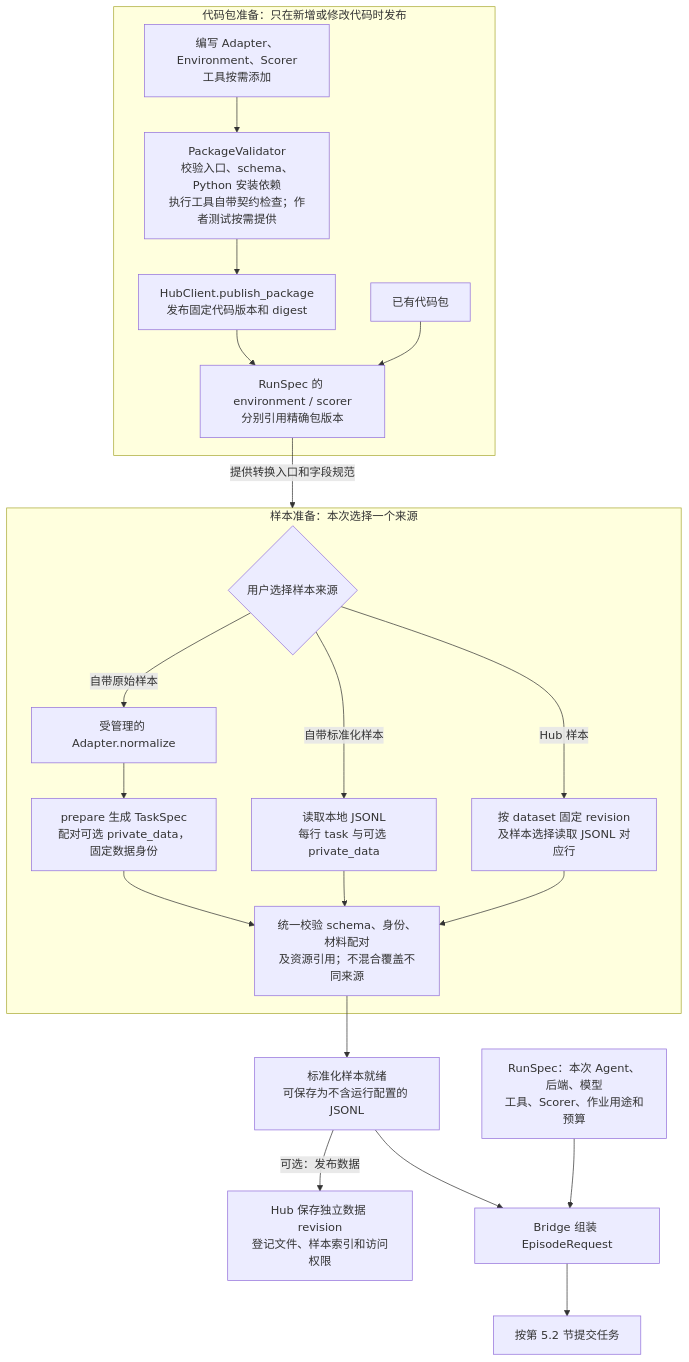
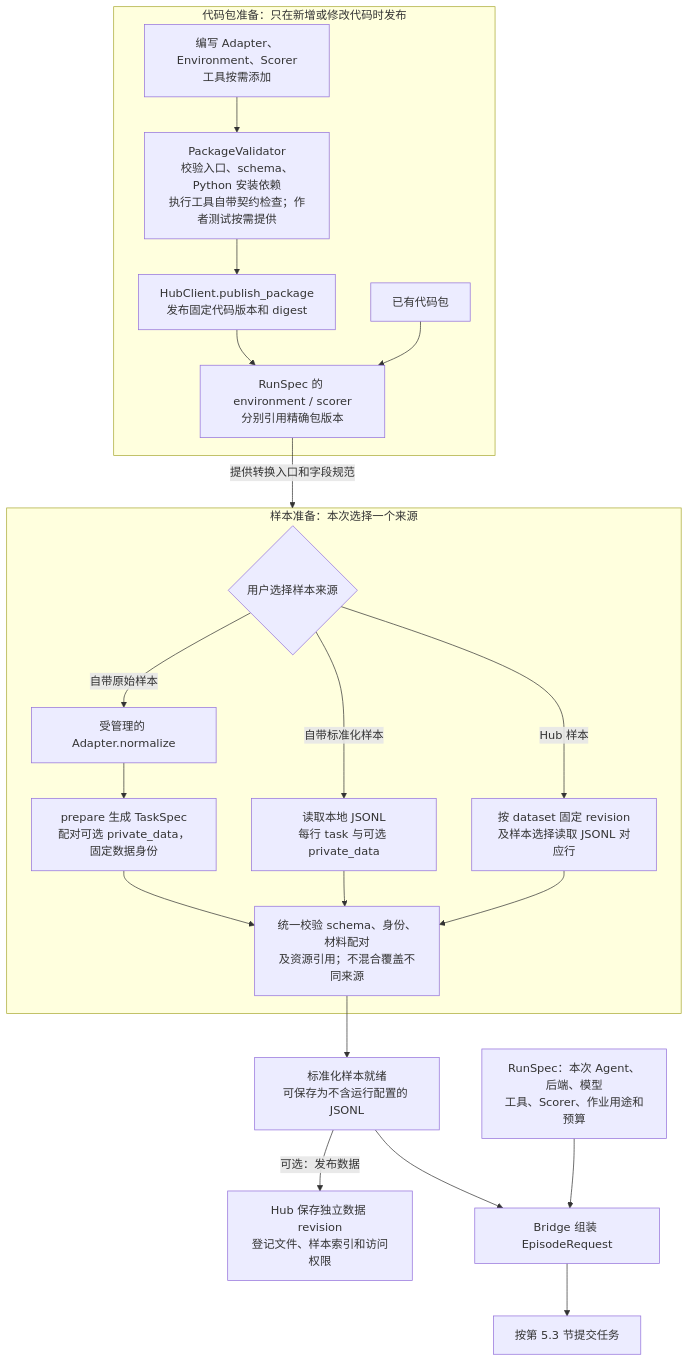
One commit to audreyyan1015/uenv_design changed diagram 23 of 29 in docs/uenv_design.md. Above: the diagram before and after it, drawn with Mermaid. The commit also changed other lines of this file and 3 other files, not shown here.

````diff
--- a/docs/uenv_design.md
+++ b/docs/uenv_design.md
@@ -1129,25 +1129,25 @@
 ```mermaid
 flowchart TB
   subgraph PACKAGE[代码包准备：只在新增或修改代码时发布]
     AUTHOR[编写 Adapter、Environment、Scorer<br/>工具按需添加] --> VALIDATE[PackageValidator<br/>校验入口、schema、Python 安装依赖<br/>执行工具自带契约检查；作者测试按需提供]
     VALIDATE --> PUBLISH[HubClient.publish_package<br/>发布固定代码版本和 digest]
     PUBLISH --> SELECT[RunSpec 的 environment / scorer<br/>分别引用精确包版本]
     EXISTING[已有代码包] --> SELECT
   end
   subgraph DATA[样本准备：本次选择一个来源]
     SOURCE{用户选择样本来源}
     SOURCE -->|自带原始样本| RAW[受管理的 Adapter.normalize]
     RAW --> PREP[prepare 生成 TaskSpec<br/>配对可选 private_data，固定数据身份]
     SOURCE -->|自带标准化样本| LOCAL[读取本地 JSONL<br/>每行 task 与可选 private_data]
     SOURCE -->|Hub 样本| HUB[按 dataset 固定 revision<br/>及样本选择读取 JSONL 对应行]
     PREP --> CHECK[统一校验 schema、身份、材料配对<br/>及资源引用；不混合覆盖不同来源]
     LOCAL --> CHECK
     HUB --> CHECK
   end
   SELECT -->|提供转换入口和字段规范| DATA
   CHECK --> READY[标准化样本就绪<br/>可保存为不含运行配置的 JSONL]
   READY -->|可选：发布数据| SAVE[Hub 保存独立数据 revision<br/>登记文件、样本索引和访问权限]
   READY --> BUILD[Bridge 组装 EpisodeRequest]
   RUN[RunSpec：本次 Agent、后端、模型<br/>工具、Scorer、作业用途和预算] --> BUILD
-  BUILD --> SUBMIT[按第 5.2 节提交任务]
+  BUILD --> SUBMIT[按第 5.3 节提交任务]
 ```
````
